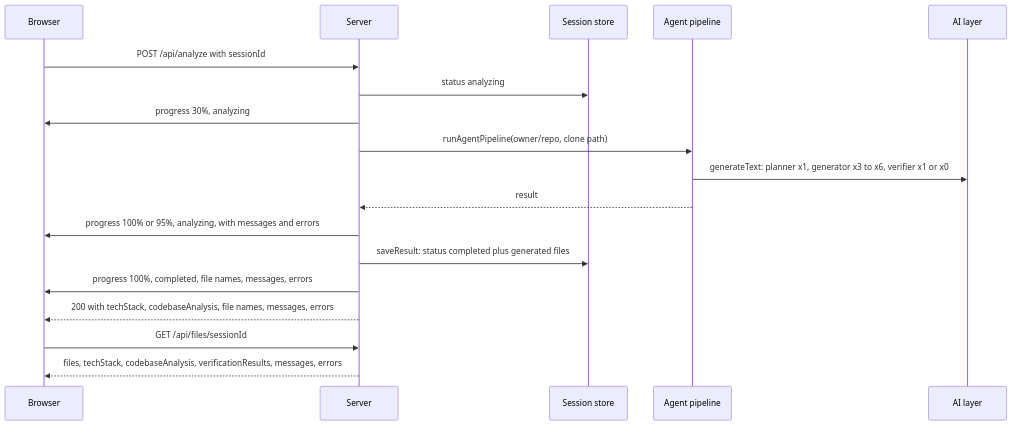
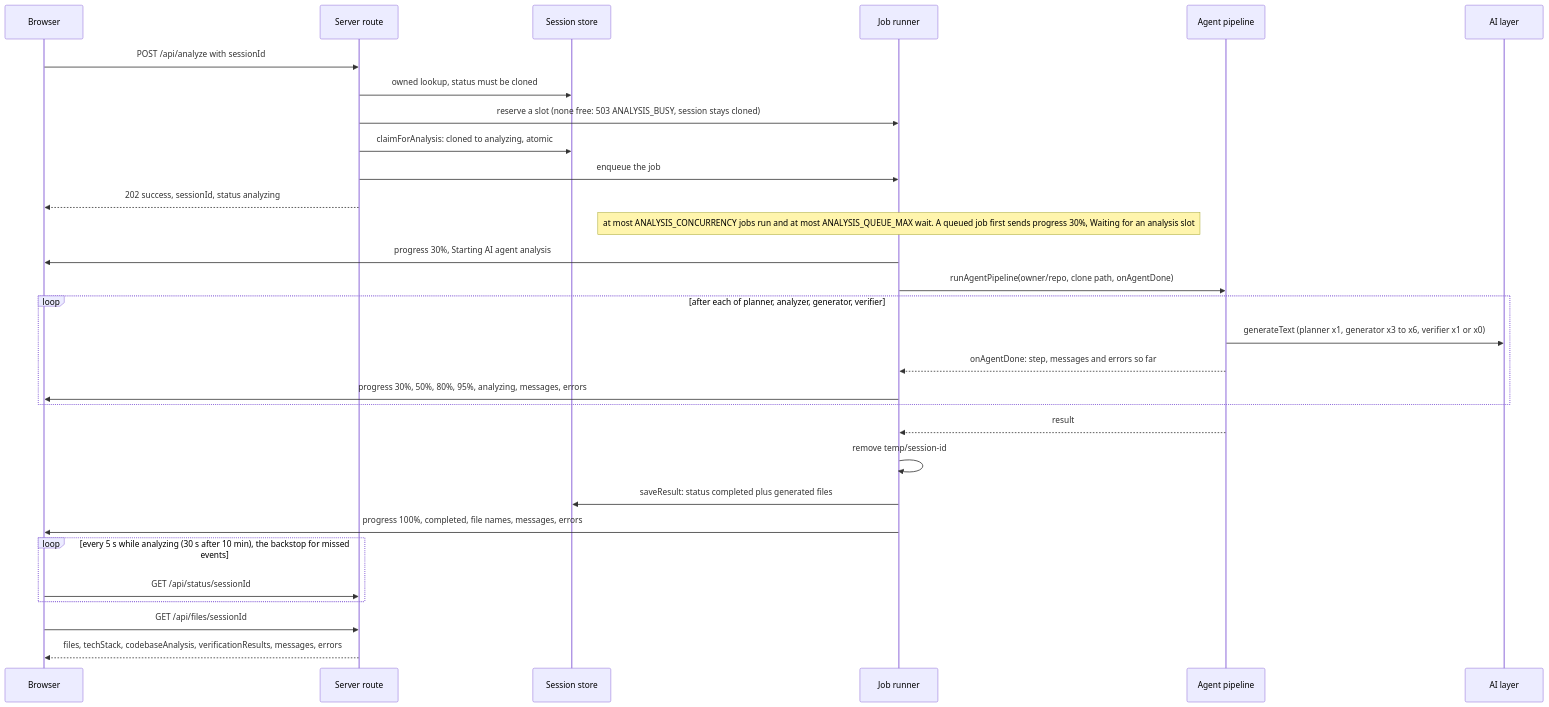
Before and after one commit to bipul724/InfraMind: the fifth of 7 diagrams in ARCHITECTURE.md, drawn with Mermaid. The commit also changed other lines of this file and 34 other files, not shown here.

First line of the commit message:
feat(analysis): background jobs with 202, atomic claim, per-agent progress

````diff
--- a/ARCHITECTURE.md
+++ b/ARCHITECTURE.md
@@ -165,21 +165,33 @@
 ```mermaid
 sequenceDiagram
     participant B as Browser
-    participant S as Server
+    participant S as Server route
     participant St as Session store
+    participant J as Job runner
     participant P as Agent pipeline
     participant AI as AI layer
 
     B->>S: POST /api/analyze with sessionId
-    S->>St: status analyzing
-    S->>B: progress 30%, analyzing
-    S->>P: runAgentPipeline(owner/repo, clone path)
-    P->>AI: generateText: planner x1, generator x3 to x6, verifier x1 or x0
-    P-->>S: result
-    S->>B: progress 100% or 95%, analyzing, with messages and errors
-    S->>St: saveResult: status completed plus generated files
-    S->>B: progress 100%, completed, file names, messages, errors
-    S-->>B: 200 with techStack, codebaseAnalysis, file names, messages, errors
+    S->>St: owned lookup, status must be cloned
+    S->>J: reserve a slot (none free: 503 ANALYSIS_BUSY, session stays cloned)
+    S->>St: claimForAnalysis: cloned to analyzing, atomic
+    S->>J: enqueue the job
+    S-->>B: 202 success, sessionId, status analyzing
+    Note over J: at most ANALYSIS_CONCURRENCY jobs run and at most ANALYSIS_QUEUE_MAX wait. A queued job first sends progress 30%, Waiting for an analysis slot
+    J->>B: progress 30%, Starting AI agent analysis
+    J->>P: runAgentPipeline(owner/repo, clone path, onAgentDone)
+    loop after each of planner, analyzer, generator, verifier
+        P->>AI: generateText (planner x1, generator x3 to x6, verifier x1 or x0)
+        P-->>J: onAgentDone: step, messages and errors so far
+        J->>B: progress 30%, 50%, 80%, 95%, analyzing, messages, errors
+    end
+    P-->>J: result
+    J->>J: remove temp/session-id
+    J->>St: saveResult: status completed plus generated files
+    J->>B: progress 100%, completed, file names, messages, errors
+    loop every 5 s while analyzing (30 s after 10 min), the backstop for missed events
+        B->>S: GET /api/status/sessionId
+    end
     B->>S: GET /api/files/sessionId
     S-->>B: files, techStack, codebaseAnalysis, verificationResults, messages, errors
 ```
````
